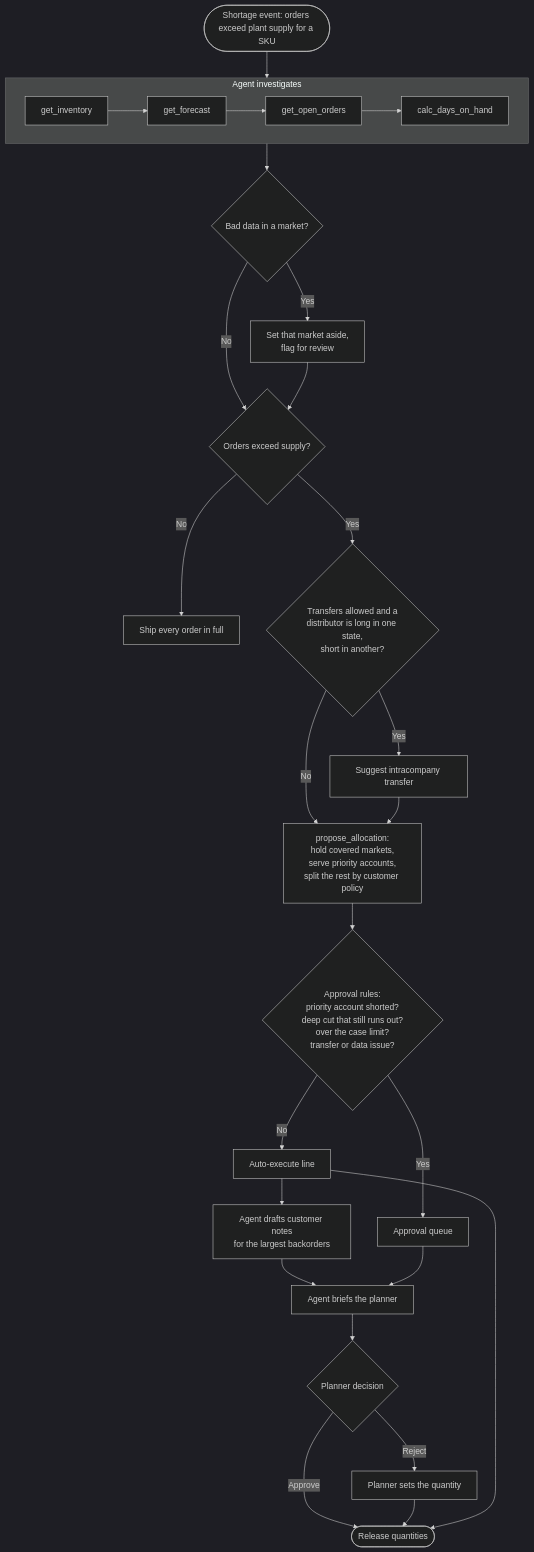
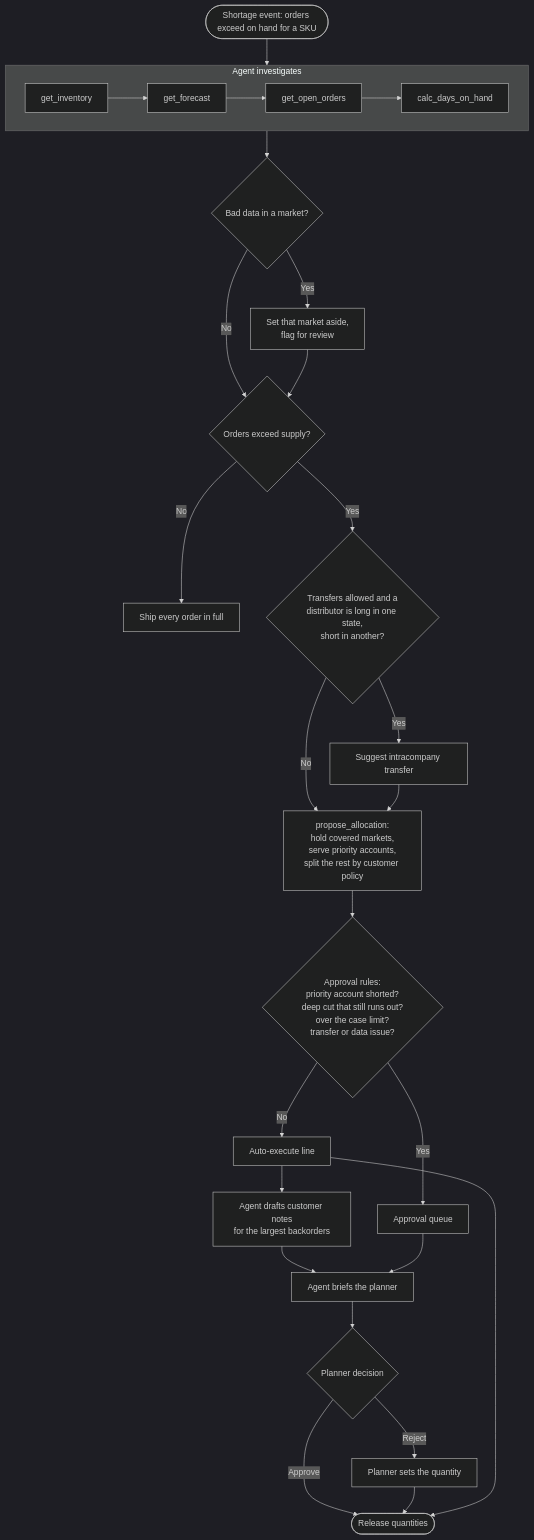
One commit to reedholmes/shortage-copilot changed the diagram in deployment/workflow_map.md. Above: the diagram before and after it, drawn with Mermaid (dark theme). The commit also changed other lines of this file and 41 other files, not shown here.

````diff
--- a/deployment/workflow_map.md
+++ b/deployment/workflow_map.md
@@ -16,30 +16,30 @@
 ```mermaid
 flowchart TB
-  A(["Shortage event: orders exceed plant supply for a SKU"]) --> B
+  A(["Shortage event: orders exceed on hand for a SKU"]) --> B
 
   subgraph AG["Agent investigates"]
     direction LR
     B["get_inventory"] --> C["get_forecast"] --> D["get_open_orders"] --> E["calc_days_on_hand"]
   end
 
   E --> F{"Bad data in a market?"}
   F -- "Yes" --> F1["Set that market aside,<br/>flag for review"]
   F -- "No" --> G
   F1 --> G{"Orders exceed supply?"}
   G -- "No" --> G1["Ship every order in full"]
   G -- "Yes" --> H{"Transfers allowed and a<br/>distributor is long in one state,<br/>short in another?"}
   H -- "Yes" --> H1["Suggest intracompany transfer"]
   H -- "No" --> I
   H1 --> I["propose_allocation:<br/>hold covered markets,<br/>serve priority accounts,<br/>split the rest by customer policy"]
 
   I --> J{"Approval rules:<br/>priority account shorted?<br/>deep cut that still runs out?<br/>over the case limit?<br/>transfer or data issue?"}
   J -- "No" --> K["Auto-execute line"]
   J -- "Yes" --> L["Approval queue"]
   K --> M["Agent drafts customer notes<br/>for the largest backorders"]
   M --> N["Agent briefs the planner"]
   L --> N
   N --> O{"Planner decision"}
   O -- "Approve" --> P(["Release quantities"])
   O -- "Reject" --> Q["Planner sets the quantity"] --> P
   K --> P
 ```
````
